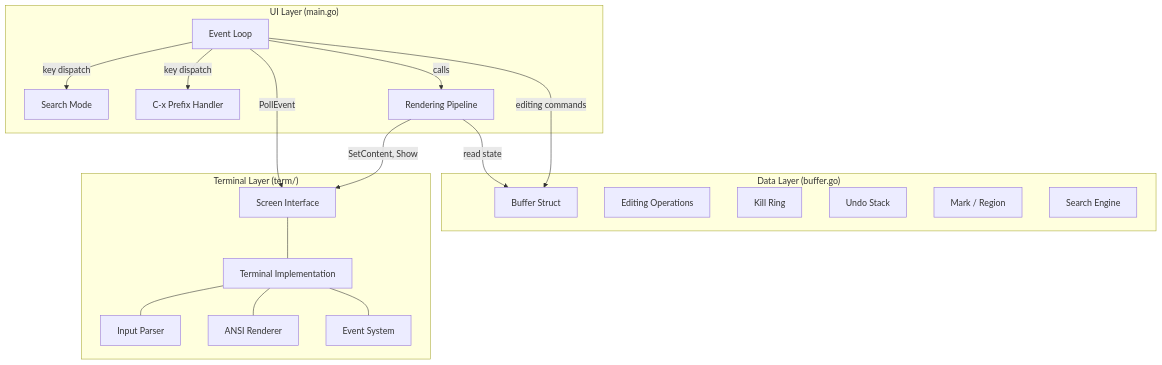
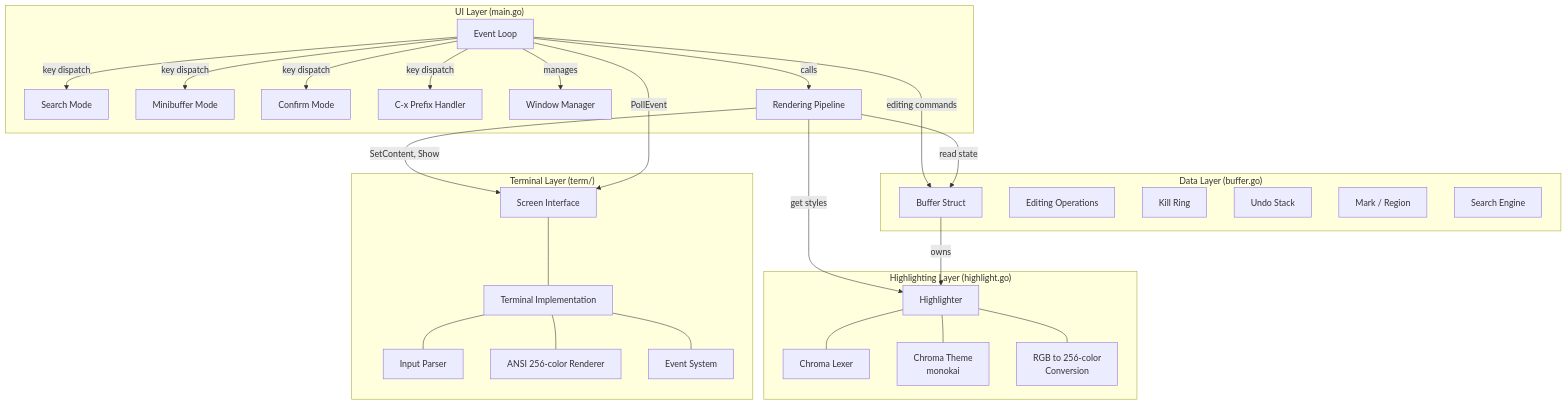
The first of 4 diagrams in impl_docs/architecture.md (ryogrid/gomacs), drawn with Mermaid before and after one commit. The commit also changed other lines of this file and 4 other files, not shown here.

````diff
--- a/impl_docs/architecture.md
+++ b/impl_docs/architecture.md
@@ -7,38 +7,56 @@
 ```mermaid
 graph TB
     subgraph "UI Layer (main.go)"
         EL[Event Loop]
         SM[Search Mode]
+        MM[Minibuffer Mode]
+        CM[Confirm Mode]
         CX[C-x Prefix Handler]
+        WM[Window Manager]
         RD[Rendering Pipeline]
+    end
+
+    subgraph "Highlighting Layer (highlight.go)"
+        HL[Highlighter]
+        LX[Chroma Lexer]
+        TH[Chroma Theme<br/>monokai]
+        CC[RGB to 256-color<br/>Conversion]
     end
 
     subgraph "Data Layer (buffer.go)"
         BUF[Buffer Struct]
         ED[Editing Operations]
         KR[Kill Ring]
         US[Undo Stack]
         MR[Mark / Region]
         SR[Search Engine]
     end
 
     subgraph "Terminal Layer (term/)"
         SC[Screen Interface]
         TM[Terminal Implementation]
         IP[Input Parser]
-        RN[ANSI Renderer]
+        RN[ANSI 256-color Renderer]
         EV[Event System]
     end
 
     EL -->|key dispatch| SM
+    EL -->|key dispatch| MM
+    EL -->|key dispatch| CM
     EL -->|key dispatch| CX
+    EL -->|manages| WM
     EL -->|calls| RD
     EL -->|editing commands| BUF
     RD -->|read state| BUF
+    RD -->|get styles| HL
     RD -->|SetContent, Show| SC
     EL -->|PollEvent| SC
+    BUF -->|owns| HL
+    HL --- LX
+    HL --- TH
+    HL --- CC
     SC --- TM
     TM --- IP
     TM --- RN
     TM --- EV
 ```
````
